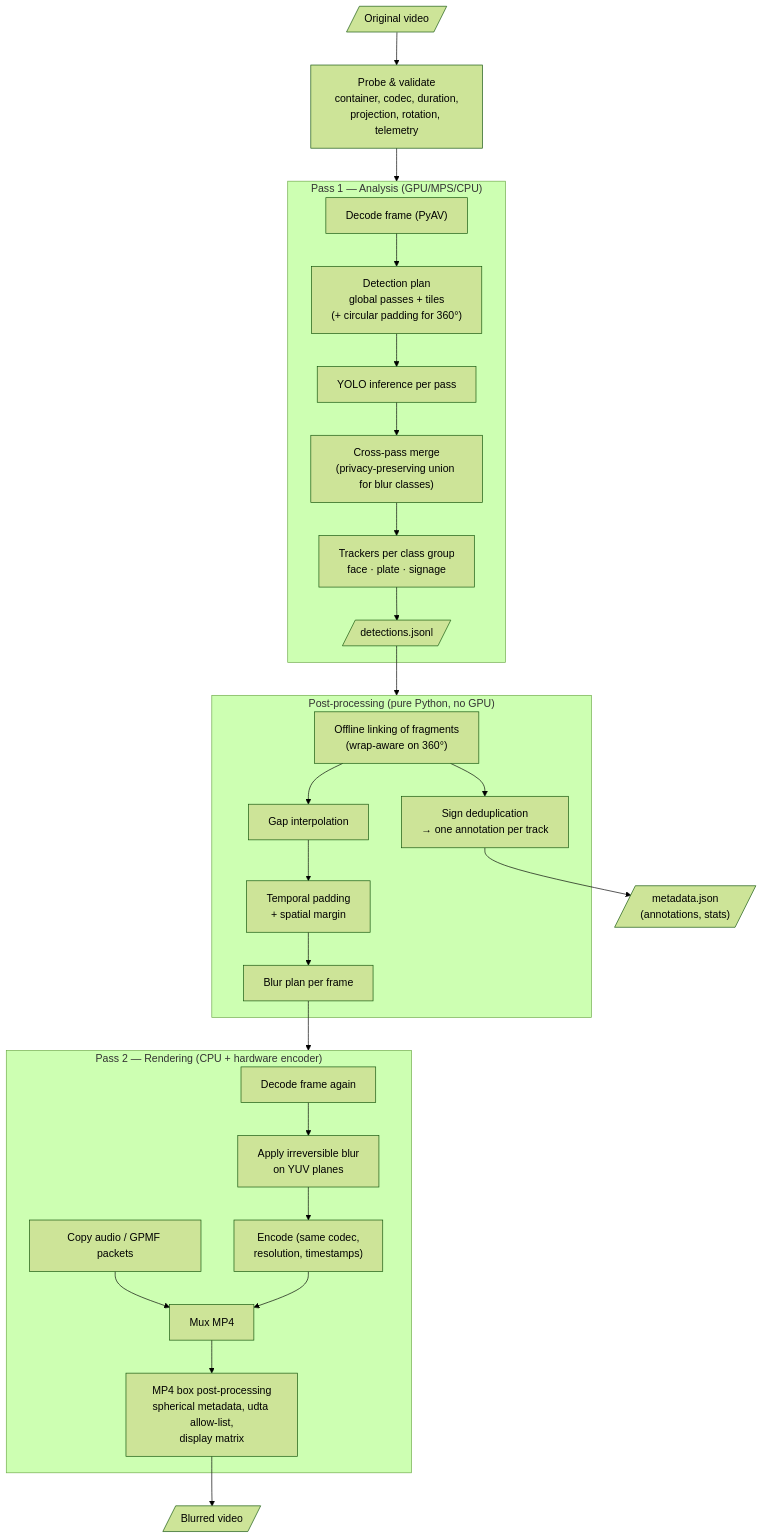
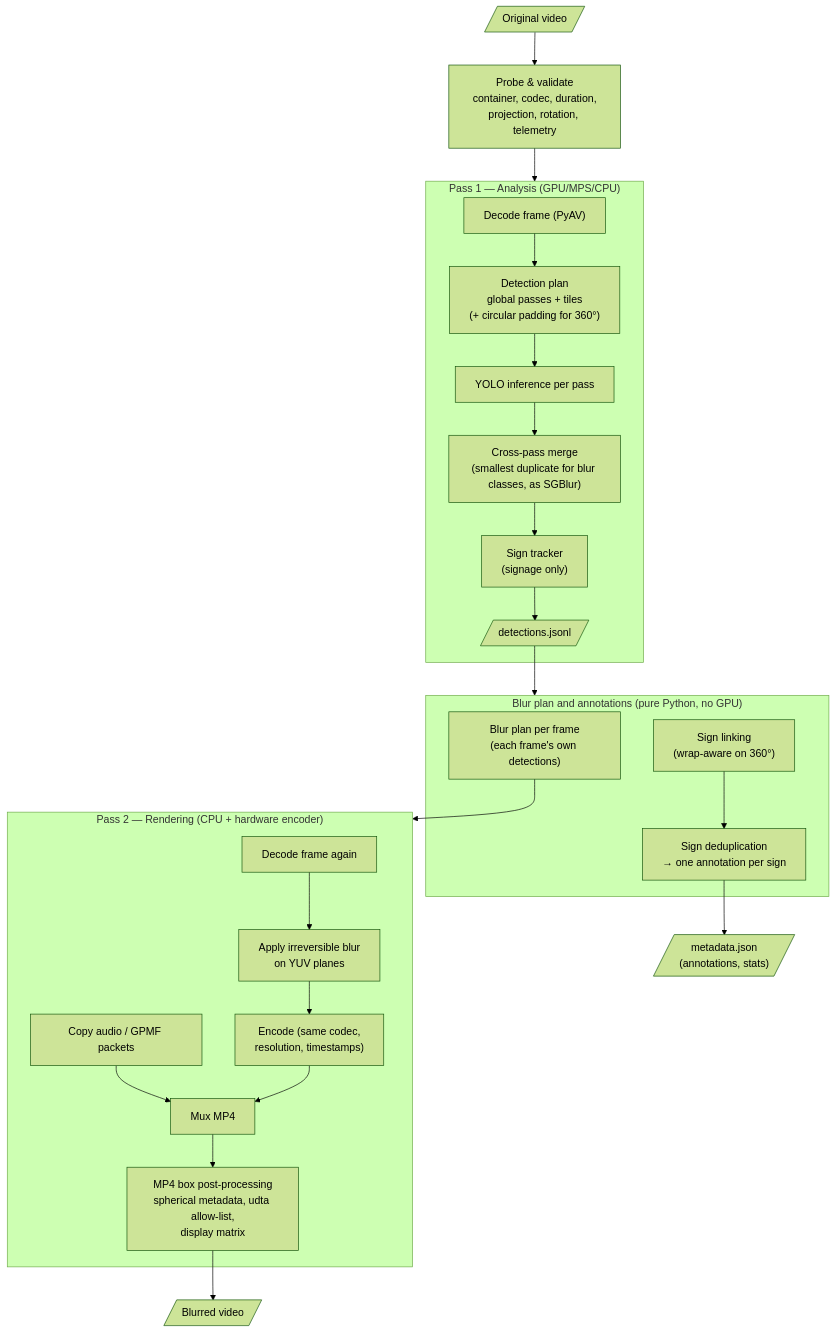
The second of 4 diagrams in docs/design/architecture.md (KylianAUBRY/SGBlur_Video), drawn with Mermaid (forest theme) before and after one commit. The commit also changed other lines of this file and 66 other files, not shown here.

First line of the commit message:
feat: blur every frame independently, like SGBlur blurs a picture

````diff
--- a/docs/design/architecture.md
+++ b/docs/design/architecture.md
@@ -59,29 +59,27 @@
 ```mermaid
 flowchart TD
     src[/"Original video"/] --> probe["Probe & validate<br/>container, codec, duration,<br/>projection, rotation, telemetry"]
     probe --> p1
     subgraph p1["Pass 1 — Analysis (GPU/MPS/CPU)"]
         dec1["Decode frame (PyAV)"] --> plan["Detection plan<br/>global passes + tiles<br/>(+ circular padding for 360°)"]
         plan --> yolo["YOLO inference per pass"]
-        yolo --> merge["Cross-pass merge<br/>(privacy-preserving union for blur classes)"]
-        merge --> trk["Trackers per class group<br/>face · plate · signage"]
+        yolo --> merge["Cross-pass merge<br/>(smallest duplicate for blur classes, as SGBlur)"]
+        merge --> trk["Sign tracker<br/>(signage only)"]
         trk --> jsonl[/"detections.jsonl"/]
     end
     jsonl --> pp
-    subgraph pp["Post-processing (pure Python, no GPU)"]
-        stitch["Offline linking of fragments<br/>(wrap-aware on 360°)"] --> gaps["Gap interpolation"]
-        gaps --> pad["Temporal padding<br/>+ spatial margin"]
-        pad --> plan2["Blur plan per frame"]
-        stitch --> signs["Sign deduplication<br/>→ one annotation per track"]
+    subgraph pp["Blur plan and annotations (pure Python, no GPU)"]
+        plan2["Blur plan per frame<br/>(each frame's own detections)"]
+        stitch["Sign linking<br/>(wrap-aware on 360°)"] --> signs["Sign deduplication<br/>→ one annotation per sign"]
     end
     plan2 --> p2
     subgraph p2["Pass 2 — Rendering (CPU + hardware encoder)"]
         dec2["Decode frame again"] --> blur["Apply irreversible blur<br/>on YUV planes"]
         blur --> enc["Encode (same codec,<br/>resolution, timestamps)"]
         copy["Copy audio / GPMF packets"] --> mux
         enc --> mux["Mux MP4"]
         mux --> boxes["MP4 box post-processing<br/>spherical metadata, udta allow-list,<br/>display matrix"]
     end
     signs --> meta[/"metadata.json<br/>(annotations, stats)"/]
     boxes --> out[/"Blurred video"/]
 ```
````
